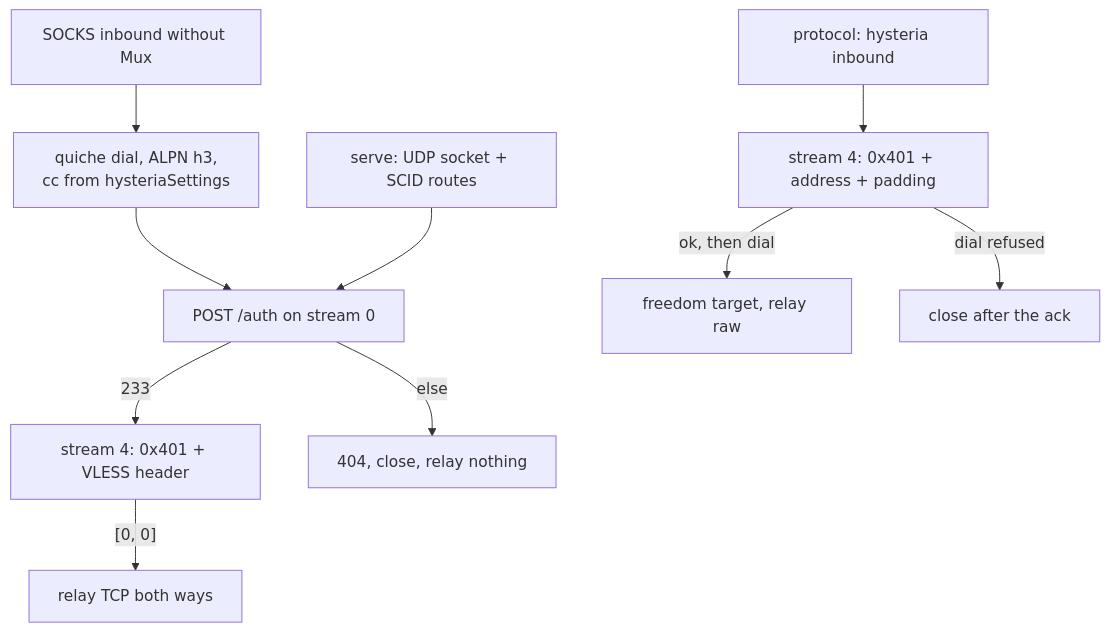
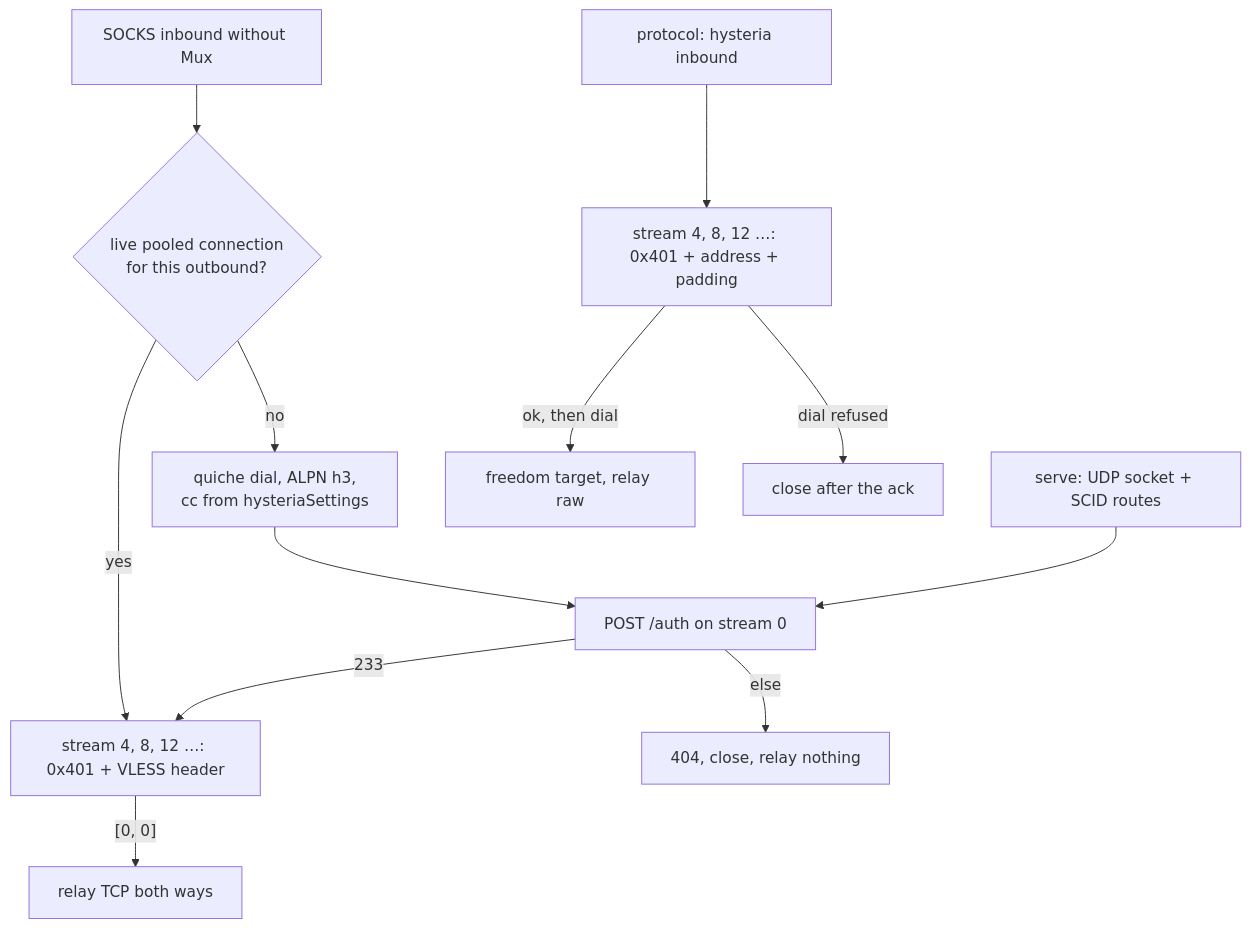
The diagram in docs/function/carrier-hysteria.md (Ferrocite/ferrox), drawn with Mermaid before and after one commit. The commit also changed other lines of this file and 5 other files, not shown here.

Commit message:
hysteria: one authenticated connection serves every flow, so a second pays no handshake

````diff
--- a/docs/function/carrier-hysteria.md
+++ b/docs/function/carrier-hysteria.md
@@ -37,12 +45,14 @@
 ```mermaid
 graph TD
-    S["SOCKS inbound without Mux"] --> D["quiche dial, ALPN h3,<br/>cc from hysteriaSettings"]
+    S["SOCKS inbound without Mux"] --> P{"live pooled connection<br/>for this outbound?"}
+    P -- yes --> F["stream 4, 8, 12 …: 0x401 + VLESS header"]
+    P -- no --> D["quiche dial, ALPN h3,<br/>cc from hysteriaSettings"]
     D --> A["POST /auth on stream 0"]
-    A -- 233 --> F["stream 4: 0x401 + VLESS header"]
+    A -- 233 --> F
     F -- "[0, 0]" --> R["relay TCP both ways"]
     A -- else --> X["404, close, relay nothing"]
     H["serve: UDP socket + SCID routes"] --> A
-    P["protocol: hysteria inbound"] --> Q["stream 4: 0x401 + address + padding"]
+    P2["protocol: hysteria inbound"] --> Q["stream 4, 8, 12 …: 0x401 + address + padding"]
     Q -- "ok, then dial" --> T["freedom target, relay raw"]
     Q -- "dial refused" --> C["close after the ack"]
 ```
````
